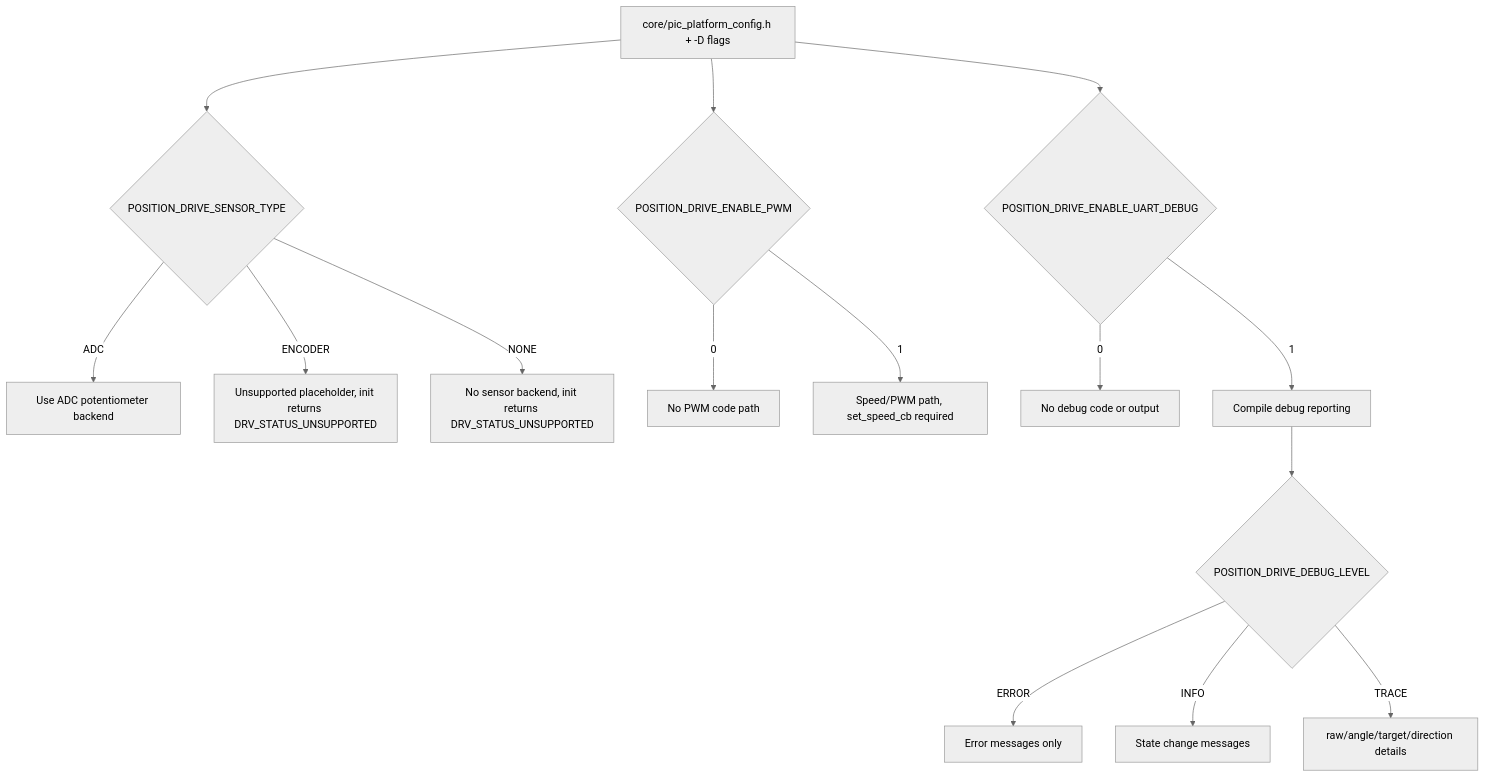
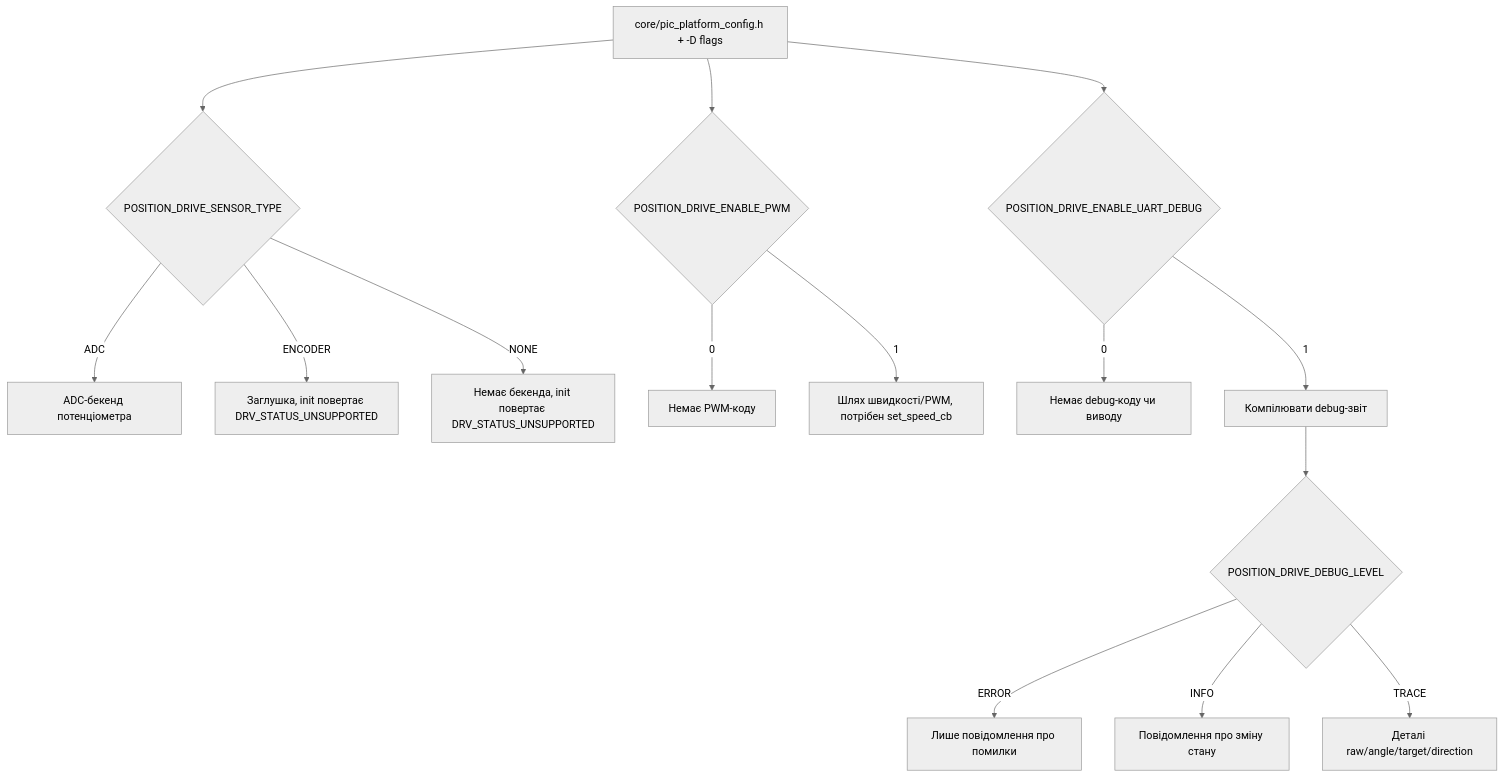
Before and after one commit to anatoliWeb/pic-platform: the fifth of 9 diagrams in docs/libraries/actuator/position_drive.ua.md, drawn with Mermaid (neutral theme). The commit also changed other lines of this file and 3 other files, not shown here.

First line of the commit message:
docs(position-drive): translate Mermaid labels to Ukrainian in UA docs

````diff
--- a/docs/libraries/actuator/position_drive.ua.md
+++ b/docs/libraries/actuator/position_drive.ua.md
@@ -250,19 +249,19 @@
 ```mermaid
 flowchart TD
     CFG[core/pic_platform_config.h + -D flags] --> SENSOR{POSITION_DRIVE_SENSOR_TYPE}
-    SENSOR -- ADC --> ADC[Use ADC potentiometer backend]
-    SENSOR -- ENCODER --> ENC[Unsupported placeholder, init returns DRV_STATUS_UNSUPPORTED]
-    SENSOR -- NONE --> NOBACKEND[No sensor backend, init returns DRV_STATUS_UNSUPPORTED]
+    SENSOR -- ADC --> ADC[ADC-бекенд потенціометра]
+    SENSOR -- ENCODER --> ENC[Заглушка, init повертає DRV_STATUS_UNSUPPORTED]
+    SENSOR -- NONE --> NOBACKEND[Немає бекенда, init повертає DRV_STATUS_UNSUPPORTED]
 
     CFG --> PWM{POSITION_DRIVE_ENABLE_PWM}
-    PWM -- 0 --> P0[No PWM code path]
-    PWM -- 1 --> P1[Speed/PWM path, set_speed_cb required]
+    PWM -- 0 --> P0[Немає PWM-коду]
+    PWM -- 1 --> P1[Шлях швидкості/PWM, потрібен set_speed_cb]
 
     CFG --> DBG{POSITION_DRIVE_ENABLE_UART_DEBUG}
-    DBG -- 0 --> D0[No debug code or output]
-    DBG -- 1 --> D1[Compile debug reporting]
+    DBG -- 0 --> D0[Немає debug-коду чи виводу]
+    DBG -- 1 --> D1[Компілювати debug-звіт]
     D1 --> LEVEL{POSITION_DRIVE_DEBUG_LEVEL}
-    LEVEL -- ERROR --> L1[Error messages only]
-    LEVEL -- INFO --> L2[State change messages]
-    LEVEL -- TRACE --> L3[raw/angle/target/direction details]
+    LEVEL -- ERROR --> L1[Лише повідомлення про помилки]
+    LEVEL -- INFO --> L2[Повідомлення про зміну стану]
+    LEVEL -- TRACE --> L3[Деталі raw/angle/target/direction]
 ```
````
